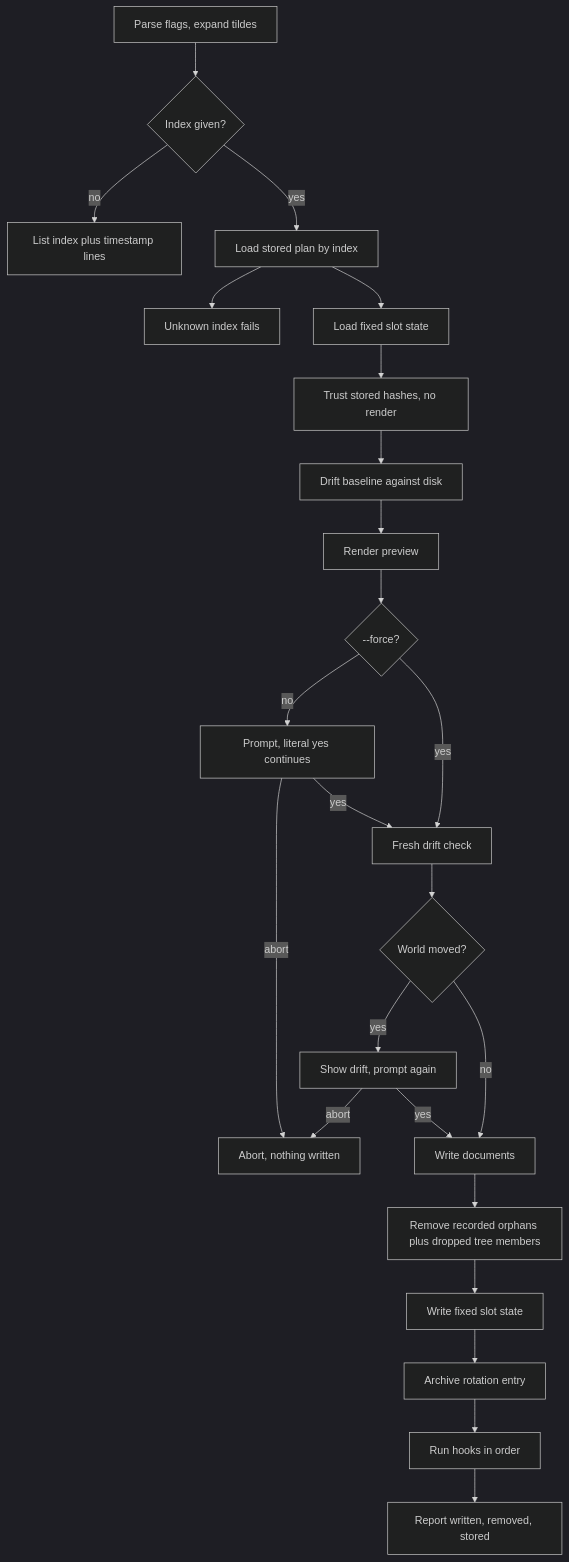
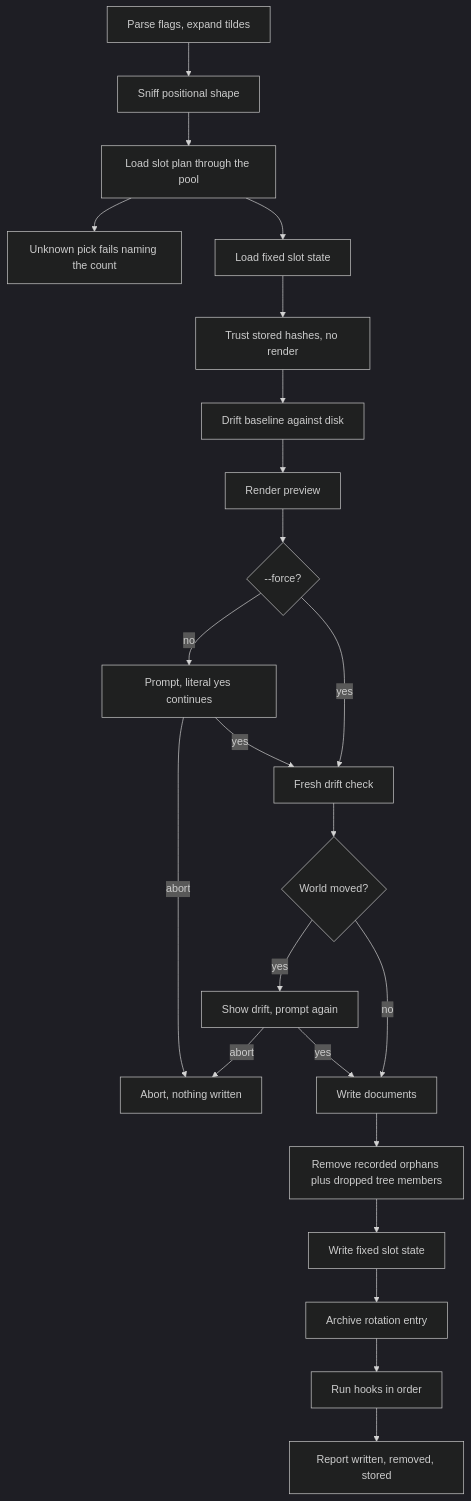
Before and after one commit to SolracHQ/confit: the diagram in docs/flows/rollback.md, drawn with Mermaid (dark theme). The commit also changed other lines of this file and 26 other files, not shown here.

Commit message:
Apply reads one positional in every shape, recover plus the plan flag retire. History counts newest-first from one, tests split by domain. The vocabulary rename remains pending, as tradition demands.

````diff
--- a/docs/flows/rollback.md
+++ b/docs/flows/rollback.md
@@ -7,26 +8,25 @@
 ```mermaid
 flowchart TD
-    A["Parse flags, expand tildes"] --> B{"Index given?"}
-    B -- no --> C["List index plus timestamp lines"]
-    B -- yes --> D["Load stored plan by index"]
-    D --> E["Unknown index fails"]
-    D --> F["Load fixed slot state"]
+    A["Parse flags, expand tildes"] --> B["Sniff positional shape"]
+    B --> C["Load slot plan through the pool"]
+    C --> D["Unknown pick fails naming the count"]
+    C --> F["Load fixed slot state"]
     F --> G["Trust stored hashes, no render"]
     G --> H["Drift baseline against disk"]
     H --> I["Render preview"]
     I --> J{"--force?"}
     J -- no --> K["Prompt, literal yes continues"]
     J -- yes --> L["Fresh drift check"]
     K -- abort --> Z["Abort, nothing written"]
     K -- yes --> L
     L --> M{"World moved?"}
     M -- yes --> N["Show drift, prompt again"]
     M -- no --> O["Write documents"]
     N -- abort --> Z
     N -- yes --> O
     O --> P["Remove recorded orphans plus dropped tree members"]
     P --> Q["Write fixed slot state"]
     Q --> R["Archive rotation entry"]
     R --> S["Run hooks in order"]
     S --> T["Report written, removed, stored"]
 ```
````
